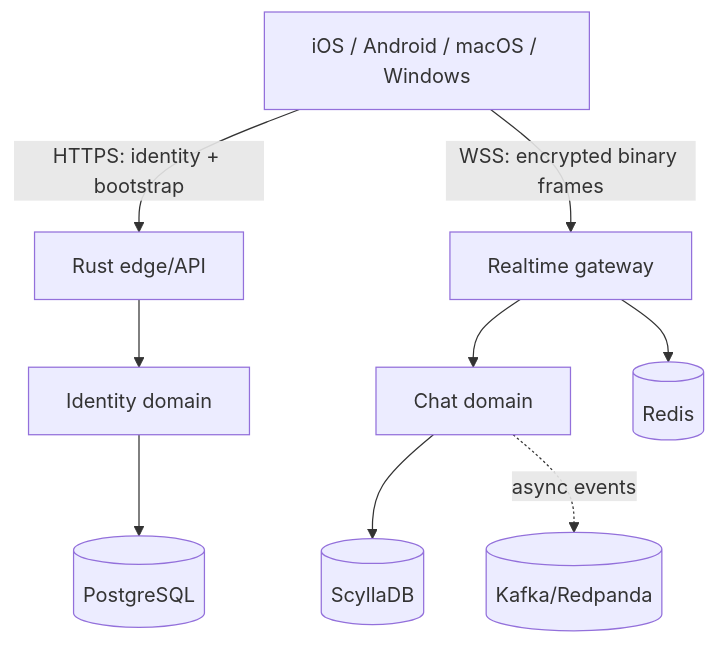
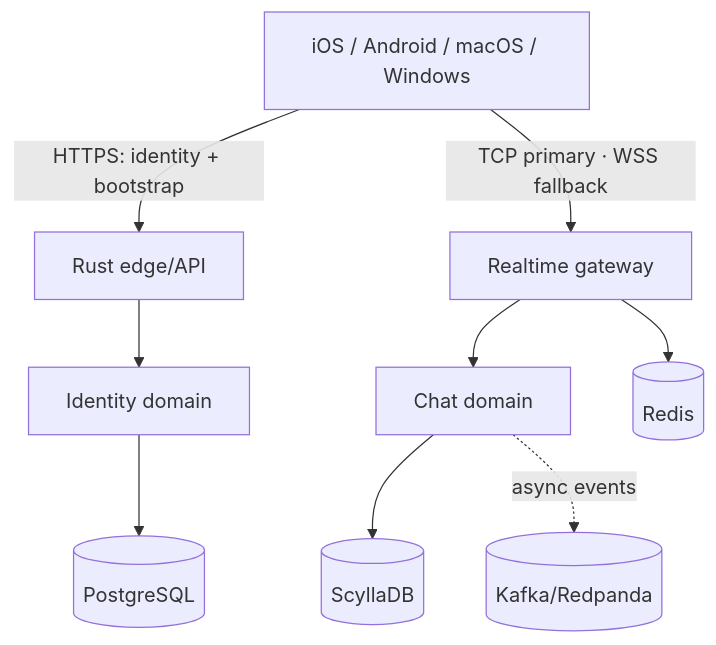
One commit to TEKxAI/tektalk changed the diagram in README.md. Above: the diagram before and after it, drawn with Mermaid. The commit also changed other lines of this file and 2 other files, not shown here.

Commit message:
docs: make native TCP the primary chat transport

````diff
--- a/README.md
+++ b/README.md
@@ -28,11 +28,11 @@
 ```mermaid
 flowchart TB
     M["iOS / Android / macOS / Windows"] -->|"HTTPS: identity + bootstrap"| E["Rust edge/API"]
-    M -->|"WSS: encrypted binary frames"| G["Realtime gateway"]
+    M -->|"TCP primary · WSS fallback"| G["Realtime gateway"]
     E --> I["Identity domain"]
     G --> C["Chat domain"]
     I --> P[(PostgreSQL)]
     C --> S[(ScyllaDB)]
     G --> R[(Redis)]
     C -. "async events" .-> K[(Kafka/Redpanda)]
 ```
````
